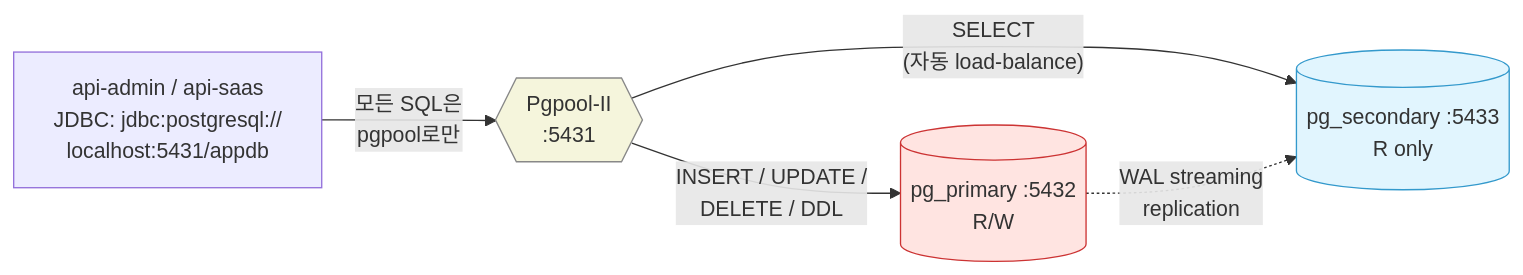
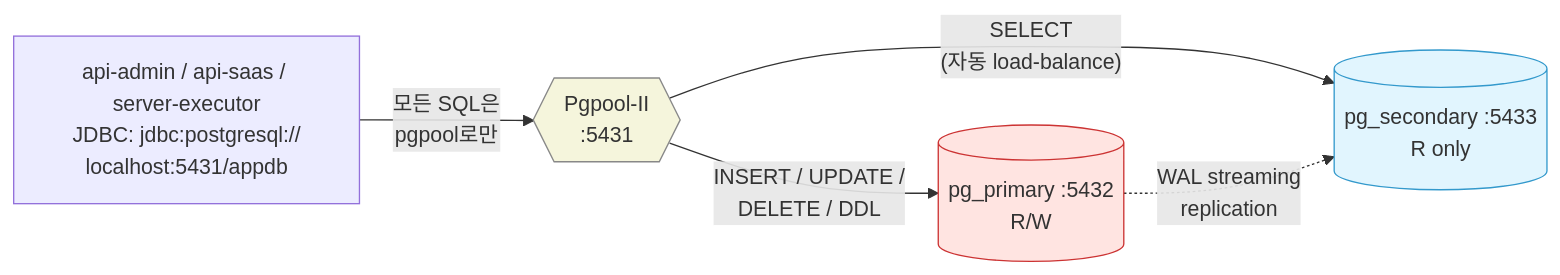
One commit to wantedhooni/portfolio changed the tenth of 12 diagrams in core-banking/PORTFOLIO.md. Above: the diagram before and after it, drawn with Mermaid. The commit also changed other lines of this file and 3 other files, not shown here.

````diff
--- a/core-banking/PORTFOLIO.md
+++ b/core-banking/PORTFOLIO.md
@@ -462,16 +492,16 @@
 ```mermaid
 flowchart LR
-    appA["api-admin / api-saas<br/>JDBC: jdbc:postgresql://<br/>localhost:5431/appdb"]
+    appA["api-admin / api-saas / server-executor<br/>JDBC: jdbc:postgresql://<br/>localhost:5431/appdb"]
 
     appA -->|"모든 SQL은<br/>pgpool로만"| pool
 
     pool{{"Pgpool-II<br/>:5431"}}
 
     pool -->|"INSERT / UPDATE /<br/>DELETE / DDL"| pri[("pg_primary :5432<br/>R/W")]
     pool -->|"SELECT<br/>(자동 load-balance)"| sec[("pg_secondary :5433<br/>R only")]
     pri -.->|"WAL streaming<br/>replication"| sec
 
     style pool fill:#f5f5dc,stroke:#888
     style pri fill:#ffe4e1,stroke:#c33
     style sec fill:#e1f5fe,stroke:#39c
 ```
````
